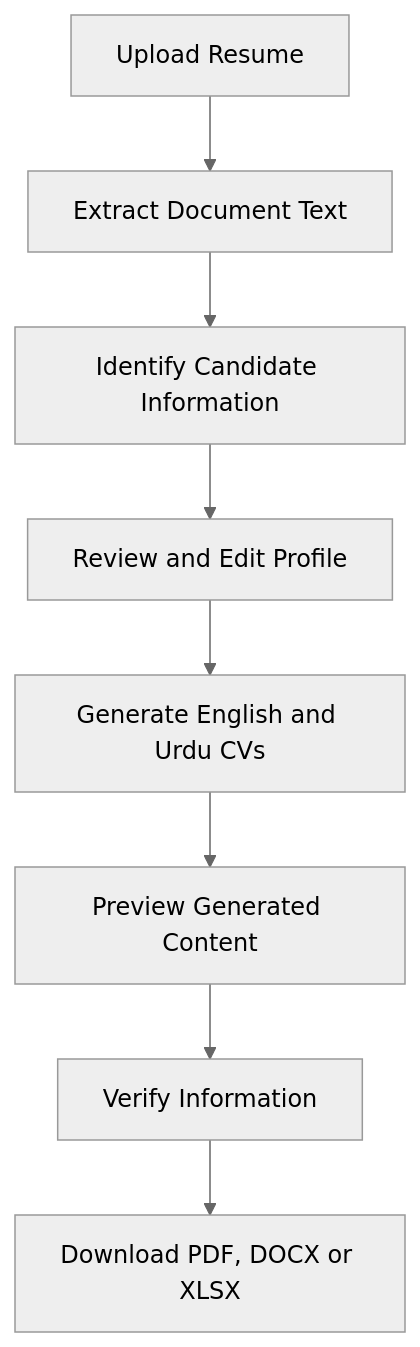
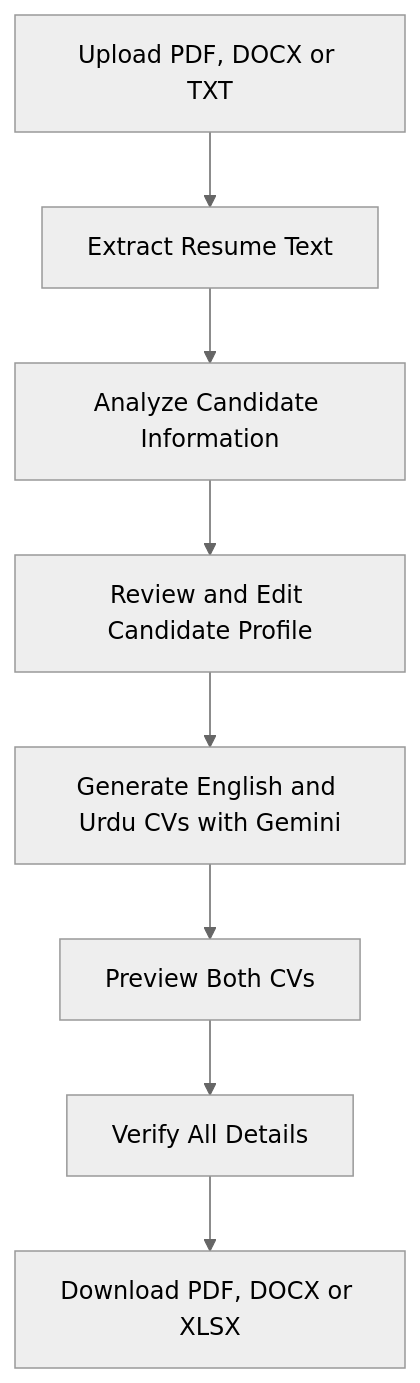
The diagram in README.md (hinaarshad302/urdu-resume-skill-extractor), drawn with Mermaid (neutral theme) before and after one commit. The commit also changed other lines of this file, not shown here.

````diff
--- a/README.md
+++ b/README.md
@@ -91,10 +70,10 @@
 ```mermaid
 flowchart TD
-    A[Upload Resume] --> B[Extract Document Text]
-    B --> C[Identify Candidate Information]
-    C --> D[Review and Edit Profile]
-    D --> E[Generate English and Urdu CVs]
-    E --> F[Preview Generated Content]
-    F --> G[Verify Information]
+    A[Upload PDF, DOCX or TXT] --> B[Extract Resume Text]
+    B --> C[Analyze Candidate Information]
+    C --> D[Review and Edit Candidate Profile]
+    D --> E[Generate English and Urdu CVs with Gemini]
+    E --> F[Preview Both CVs]
+    F --> G[Verify All Details]
     G --> H[Download PDF, DOCX or XLSX]
 ```
````
